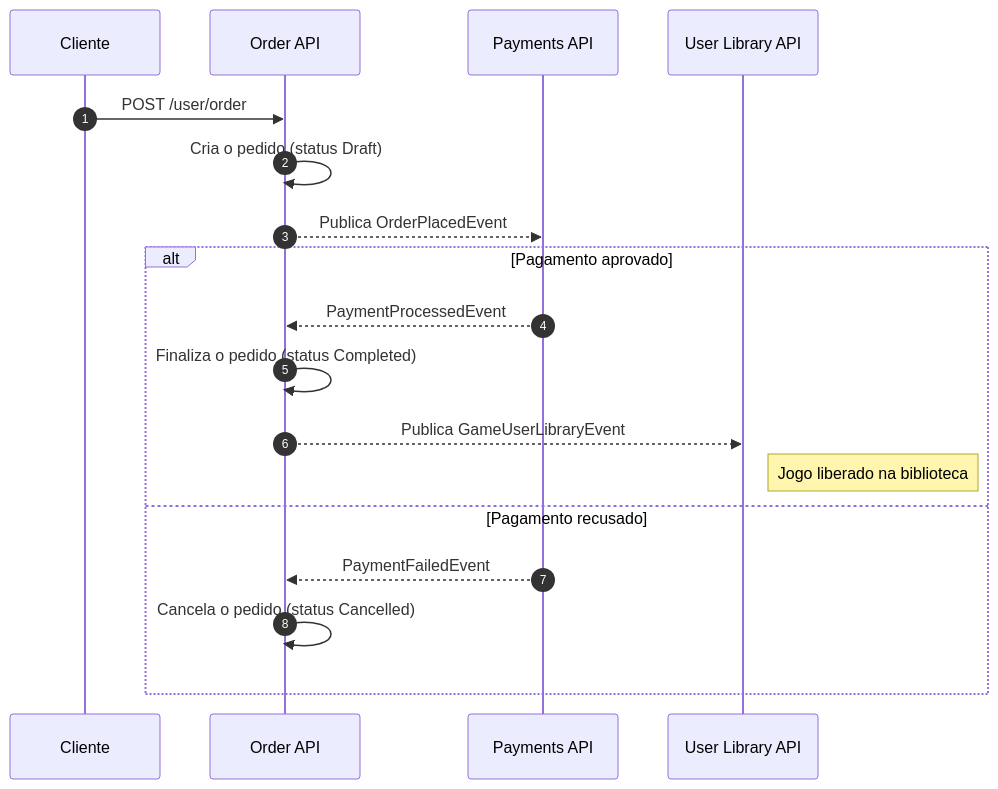
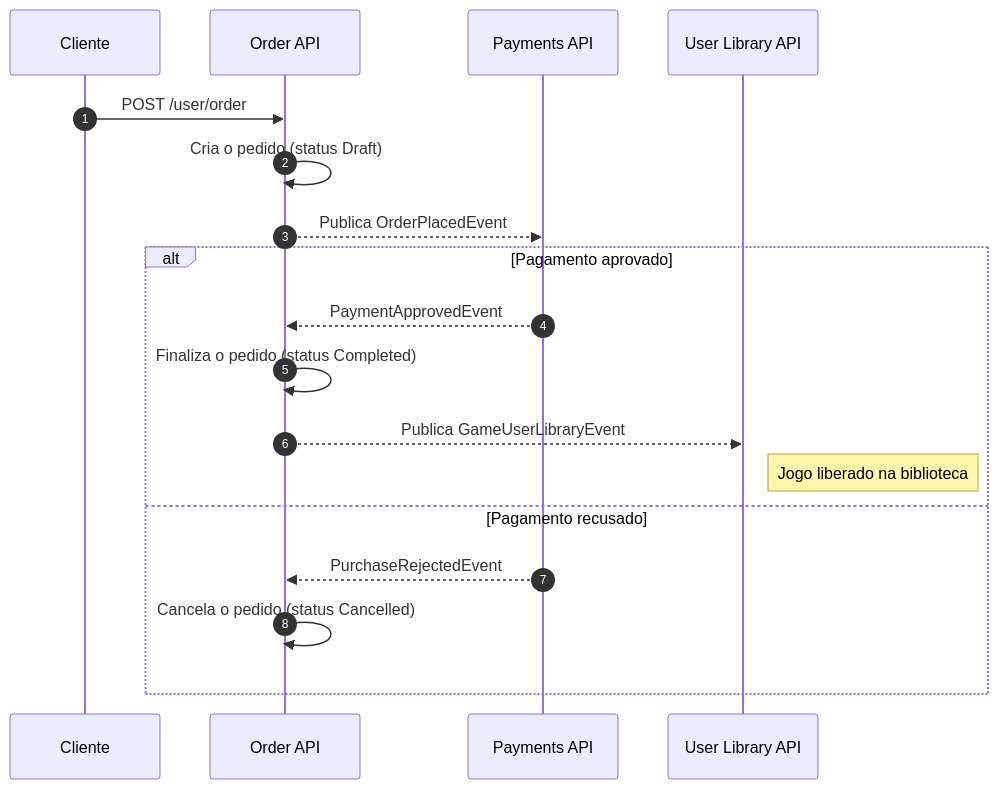
One commit to alexoliveiraferreiradev/fcg-order-api changed the diagram in README.md. Above: the diagram before and after it, drawn with Mermaid. The commit also changed other lines of this file, not shown here.

````diff
--- a/README.md
+++ b/README.md
@@ -13,22 +15,22 @@
 ```mermaid
 sequenceDiagram
     autonumber
     participant C as Cliente
     participant O as Order API
     participant P as Payments API
     participant L as User Library API
 
     C->>O: POST /user/order
     O->>O: Cria o pedido (status Draft)
     O-->>P: Publica OrderPlacedEvent
 
     alt Pagamento aprovado
-        P-->>O: PaymentProcessedEvent
+        P-->>O: PaymentApprovedEvent
         O->>O: Finaliza o pedido (status Completed)
         O-->>L: Publica GameUserLibraryEvent
         Note right of L: Jogo liberado na biblioteca
     else Pagamento recusado
-        P-->>O: PaymentFailedEvent
+        P-->>O: PurchaseRejectedEvent
         O->>O: Cancela o pedido (status Cancelled)
     end
 ```
````
